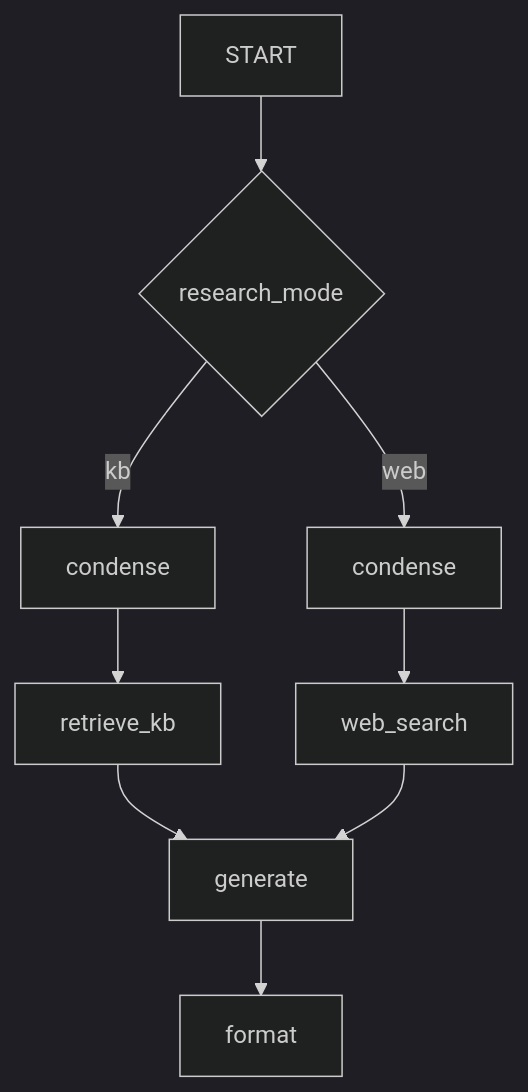
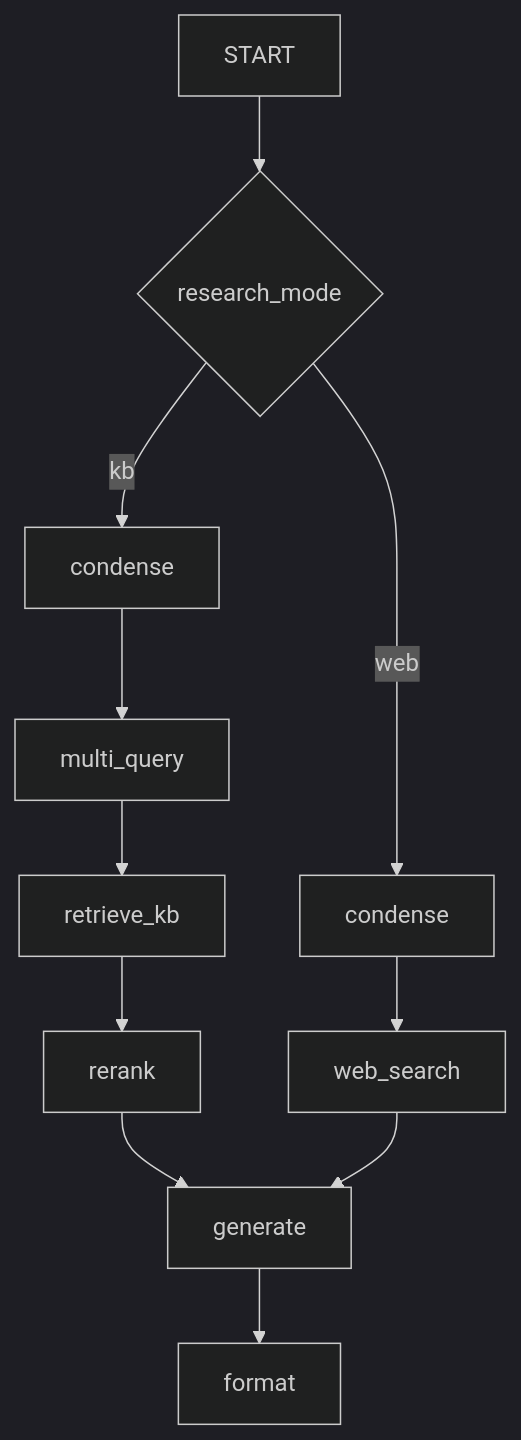
Before and after one commit to sandeep-jay/campus-rag-assistant: the diagram in docs/roadmap/WEB_RESEARCH.md, drawn with Mermaid (dark theme). The commit also changed other lines of this file and 19 other files, not shown here.

First line of the commit message:
docs: cohesive product narrative, DESIGN.md, and PRODUCT_ROADMAP

````diff
--- a/docs/roadmap/WEB_RESEARCH.md
+++ b/docs/roadmap/WEB_RESEARCH.md
@@ -11,9 +11,9 @@
 ```mermaid
 flowchart TB
   START --> Route{research_mode}
-  Route -->|kb| C1[condense] --> KB[retrieve_kb]
+  Route -->|kb| C1[condense] --> MQ[multi_query] --> RET[retrieve_kb] --> RR[rerank]
   Route -->|web| C2[condense] --> WEB[web_search]
-  KB --> GEN[generate]
+  RR --> GEN[generate]
   WEB --> GEN
   GEN --> FMT[format]
 ```
````
